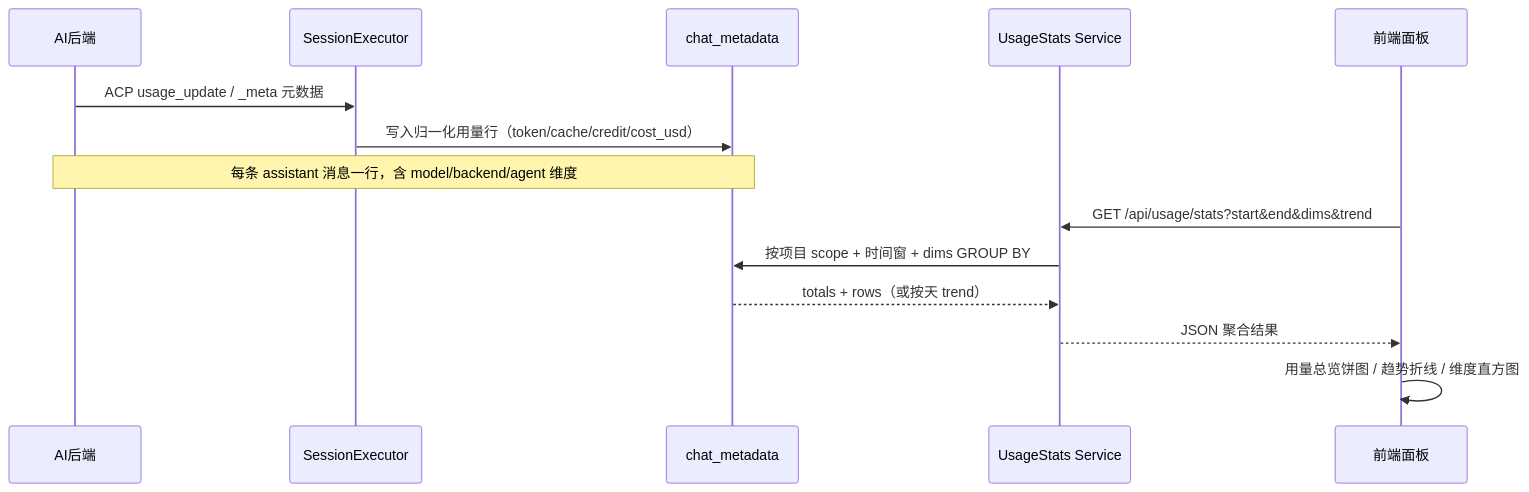
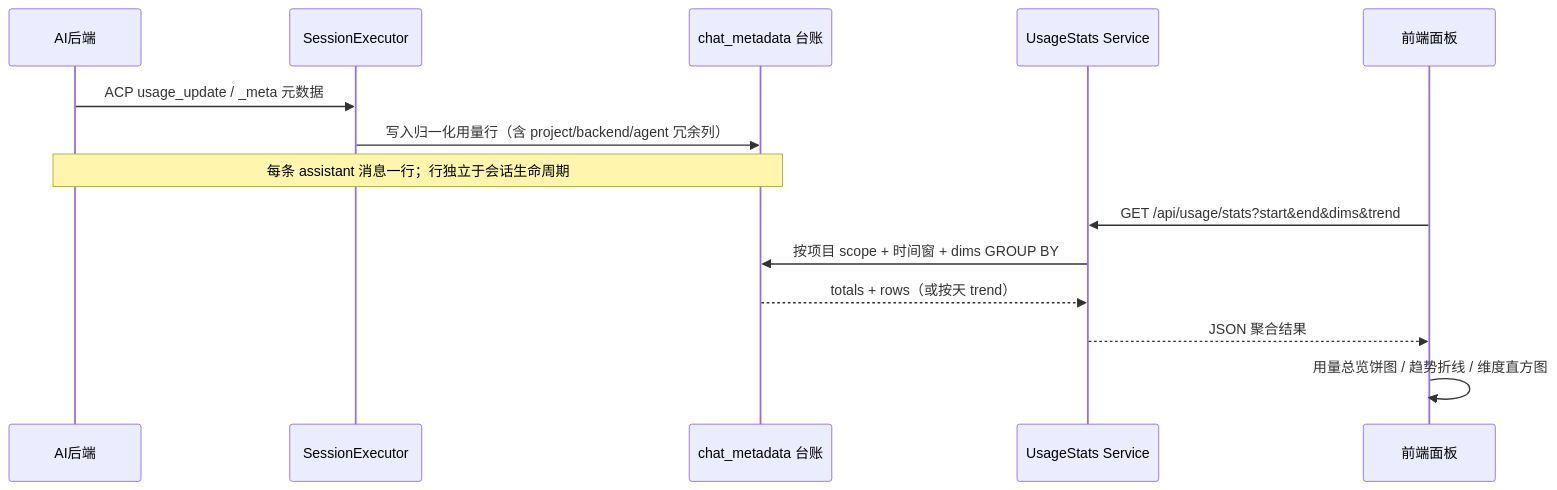
The first of 2 diagrams in docs/spec/features/usage-stats.md (clawbench-dev/clawbench), drawn with Mermaid before and after one commit. The commit also changed other lines of this file and 18 other files, not shown here.

````diff
--- a/docs/spec/features/usage-stats.md
+++ b/docs/spec/features/usage-stats.md
@@ -9,17 +9,17 @@
 ```mermaid
 sequenceDiagram
     participant AI后端
     participant SessionExecutor
-    participant chat_metadata
+    participant 用量台账 as chat_metadata 台账
     participant UsageStats Service
     participant 前端面板
 
     AI后端->>SessionExecutor: ACP usage_update / _meta 元数据
-    SessionExecutor->>chat_metadata: 写入归一化用量行（token/cache/credit/cost_usd）
-    Note over AI后端,chat_metadata: 每条 assistant 消息一行，含 model/backend/agent 维度
+    SessionExecutor->>用量台账: 写入归一化用量行（含 project/backend/agent 冗余列）
+    Note over AI后端,用量台账: 每条 assistant 消息一行；行独立于会话生命周期
     前端面板->>UsageStats Service: GET /api/usage/stats?start&end&dims&trend
-    UsageStats Service->>chat_metadata: 按项目 scope + 时间窗 + dims GROUP BY
-    chat_metadata-->>UsageStats Service: totals + rows（或按天 trend）
+    UsageStats Service->>用量台账: 按项目 scope + 时间窗 + dims GROUP BY
+    用量台账-->>UsageStats Service: totals + rows（或按天 trend）
     UsageStats Service-->>前端面板: JSON 聚合结果
     前端面板->>前端面板: 用量总览饼图 / 趋势折线 / 维度直方图
 ```
````
